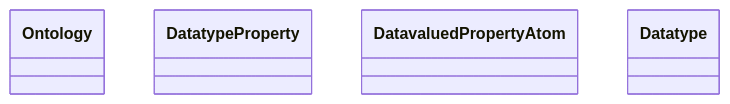
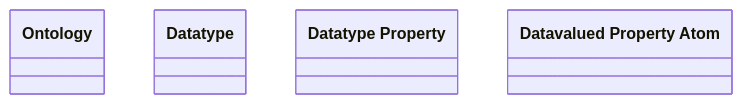
Before and after one commit to oeg-upm/Devos: the diagram in output/ieswc_meta/SEO.owl-abstract-7-0-hard.md, drawn with Mermaid. The commit also changed 187 other files, not shown here.

````diff
--- a/output/ieswc_meta/SEO.owl-abstract-7-0-hard.md
+++ b/output/ieswc_meta/SEO.owl-abstract-7-0-hard.md
@@ -1,23 +1,23 @@
 ```mermaid
 	classDiagram
 
     
-    class Ontology {
+    class `Ontology` {
     
     }
 
-    class Datatype Property {
+    class `Datatype` {
     
     }
 
-    class Datavalued Property Atom {
+    class `Datatype Property` {
     
     }
 
-    class Datatype {
+    class `Datavalued Property Atom` {
     
     }
 
 
 
 ```
````
